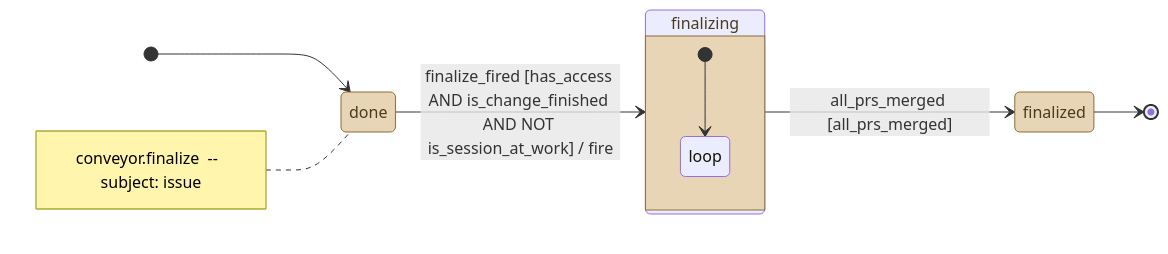
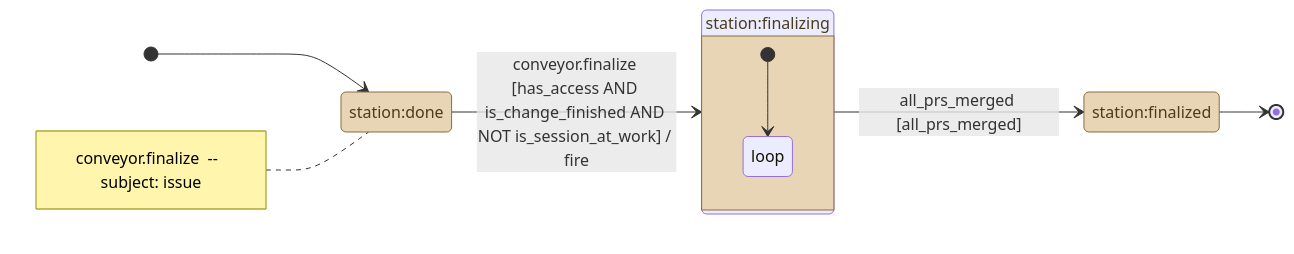
One commit to kostiantyn-matsebora/agent-ops-operator changed the diagram in .github/conveyor-model/mermaid/conveyor_finalize.mmd. Above: the diagram before and after it, drawn with Mermaid. The commit also changed 7 other files, not shown here.

```diff
--- a/.github/conveyor-model/mermaid/conveyor_finalize.mmd
+++ b/.github/conveyor-model/mermaid/conveyor_finalize.mmd
@@ -1,19 +1,19 @@
 stateDiagram-v2
     direction LR
-    [*] --> done
-    note left of done
+    [*] --> station_done
+    note left of station_done
         conveyor.finalize  --  subject: issue
     end note
     classDef stationState fill:#e8d5b5,stroke:#8a6d3b,color:#4a3b1f
     classDef loopState fill:#c9e4de,stroke:#2f6b5e,color:#1a3b33
-    state done
-    state finalizing
-    state finalized
-    done --> finalizing : finalize_fired [has_access AND is_change_finished AND NOT is_session_at_work] / fire
-    finalizing --> finalized : all_prs_merged [all_prs_merged]
-    finalized --> [*]
-    class done, finalizing, finalized stationState
-    state finalizing {
-        [*] --> finalizing__loop
-        state "loop" as finalizing__loop
+    state "station:done" as station_done
+    state "station:finalizing" as station_finalizing
+    state "station:finalized" as station_finalized
+    station_done --> station_finalizing : conveyor.finalize [has_access AND is_change_finished AND NOT is_session_at_work] / fire
+    station_finalizing --> station_finalized : all_prs_merged [all_prs_merged]
+    station_finalized --> [*]
+    class station_done, station_finalizing, station_finalized stationState
+    state station_finalizing {
+        [*] --> station_finalizing__loop
+        state "loop" as station_finalizing__loop
     }
```
